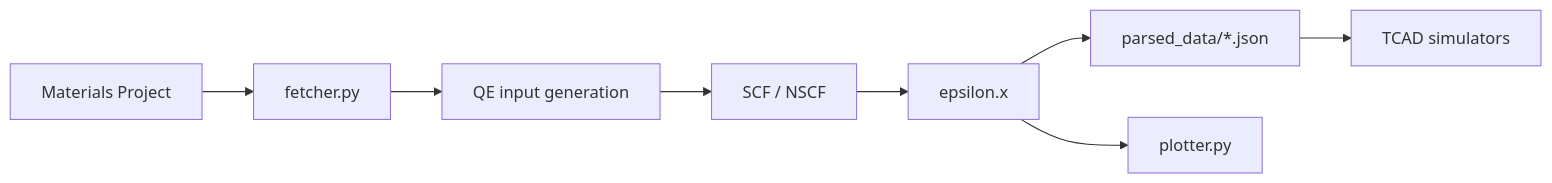
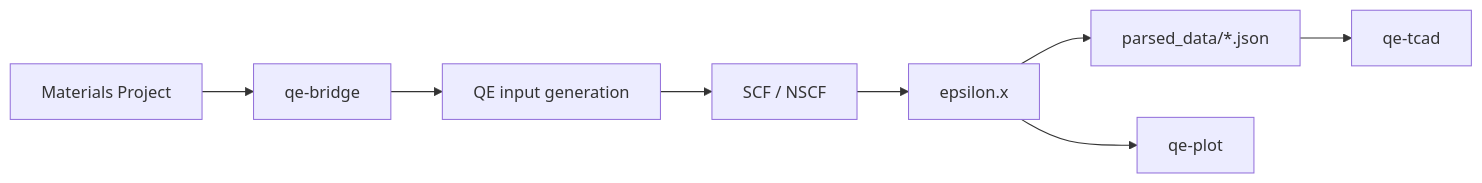
One commit to lauryne-ai/site_tcad changed the diagram in i18n/en/docusaurus-plugin-content-docs/current/welcome.mdx. Above: the diagram before and after it, drawn with Mermaid. The commit also changed other lines of this file and 18 other files, not shown here.

Commit message:
Document qe-plot, qe-tcad, PyPI/Docker and secure MP_API_KEY

````diff
--- a/i18n/en/docusaurus-plugin-content-docs/current/welcome.mdx
+++ b/i18n/en/docusaurus-plugin-content-docs/current/welcome.mdx
@@ -56,10 +57,10 @@
 ```mermaid
 flowchart LR
-    MP[Materials Project] --> Fetcher[fetcher.py]
+    MP[Materials Project] --> Fetcher[qe-bridge]
     Fetcher --> Gen[QE input generation]
     Gen --> SCF[SCF / NSCF]
     SCF --> Eps[epsilon.x]
     Eps --> JSON[parsed_data/*.json]
-    JSON --> TCAD[TCAD simulators]
-    Eps --> Plots[plotter.py]
+    JSON --> TCAD[qe-tcad]
+    Eps --> Plots[qe-plot]
 ```
````
